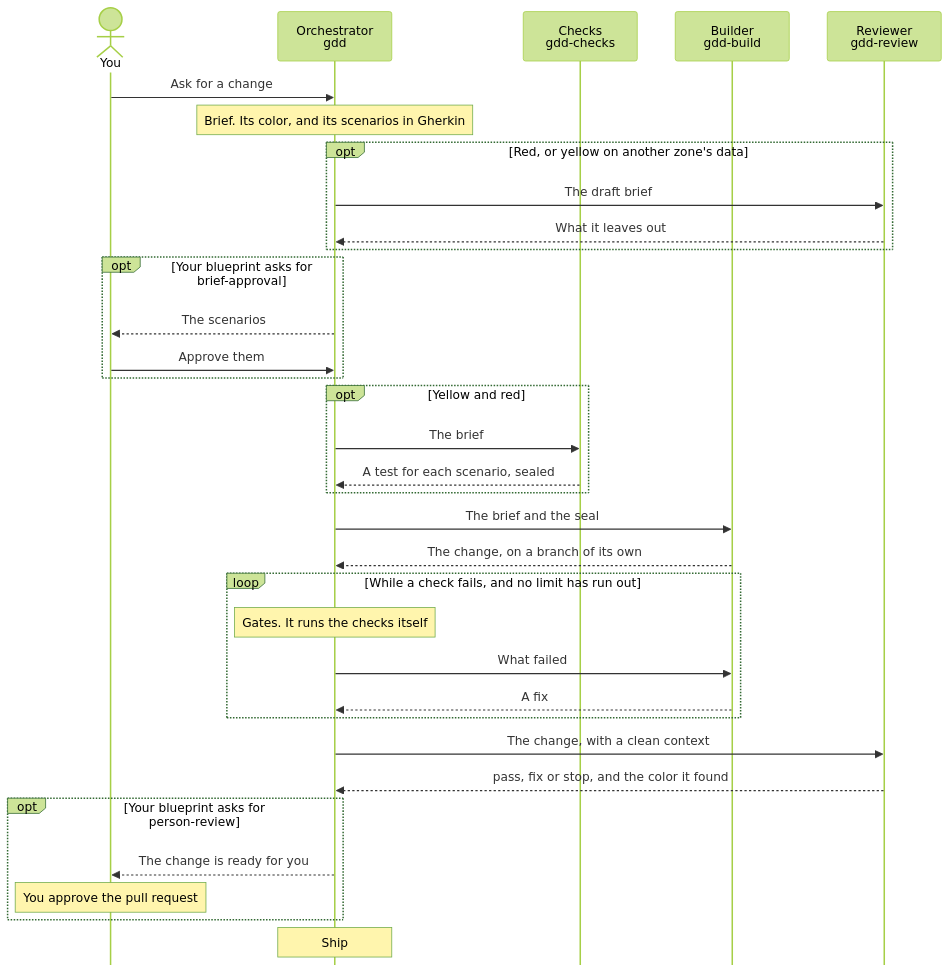
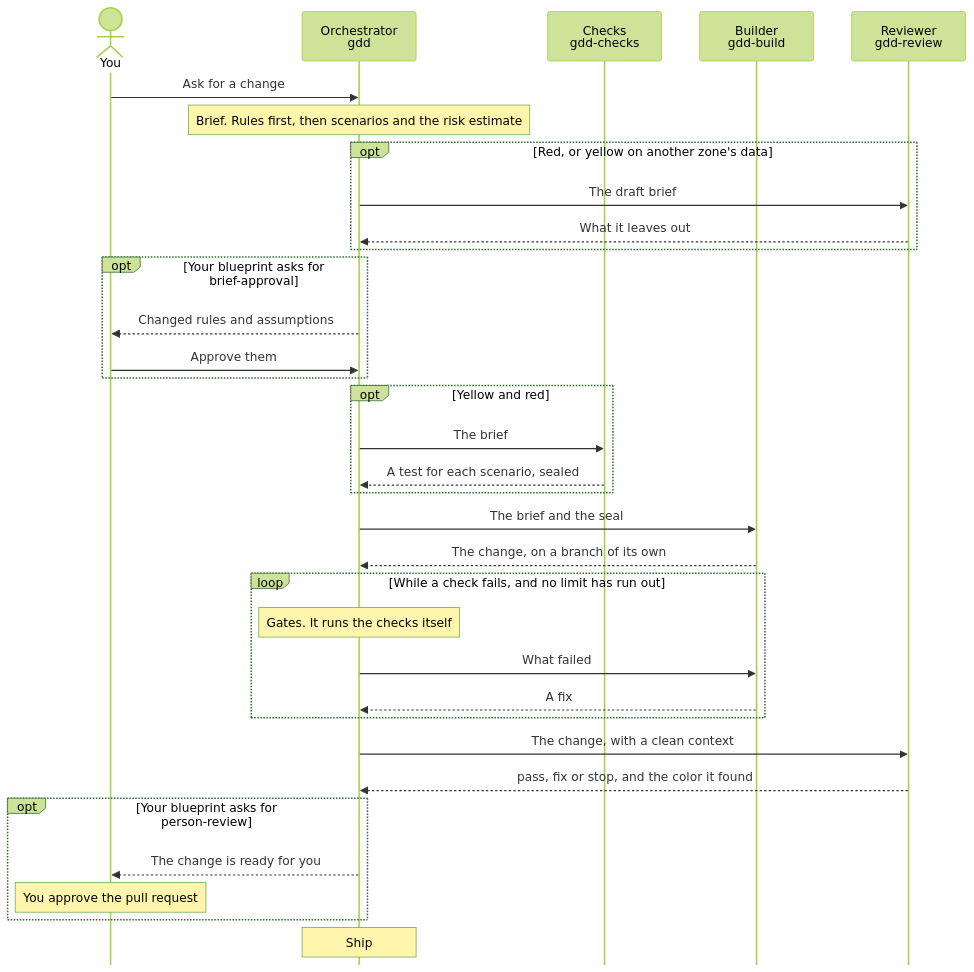
Before and after one commit to MarsGotta/gdd: the second of 4 diagrams in skills/README.md, drawn with Mermaid (forest theme). The commit also changed other lines of this file and 20 other files, not shown here.

First line of the commit message:
Start each brief with the rules its scenarios check

````diff
--- a/skills/README.md
+++ b/skills/README.md
@@ -133,40 +133,40 @@
 ```mermaid
 %%{init: {"sequence": {"diagramMarginX": 160, "mirrorActors": false}}}%%
 sequenceDiagram
     accTitle: Who does what in one change
-    accDescr: You ask the orchestrator for a change. It briefs it, writing its use cases as scenarios, on red a reviewer reads the brief before anyone builds, and on yellow when the change changes another zone's data, on yellow and red a second agent writes a test for each scenario and seals them, a third builds, the orchestrator runs the gates, and a reviewer with a clean context gives its verdict. You approve where your blueprint asks for a person.
+    accDescr: You ask the orchestrator for a change. It writes the rules and their scenarios, on red a reviewer reads the brief before anyone builds, and on yellow when the change changes another zone's data, on yellow and red a second agent writes a test for each scenario and seals them, a third builds, the orchestrator runs the gates, and a reviewer with a clean context gives its verdict. You approve where your blueprint asks for a person.
     actor You
     participant O as Orchestrator<br/>gdd
     participant C as Checks<br/>gdd-checks
     participant B as Builder<br/>gdd-build
     participant R as Reviewer<br/>gdd-review
 
     You->>O: Ask for a change
-    Note over O: Brief. Its color, and its scenarios in Gherkin
+    Note over O: Brief. Rules first, then scenarios and the risk estimate
     opt Red, or yellow on another zone's data
         O->>R: The draft brief
         R-->>O: What it leaves out
     end
     opt Your blueprint asks for brief-approval
-        O-->>You: The scenarios
+        O-->>You: Changed rules and assumptions
         You->>O: Approve them
     end
     opt Yellow and red
         O->>C: The brief
         C-->>O: A test for each scenario, sealed
     end
     O->>B: The brief and the seal
     B-->>O: The change, on a branch of its own
     loop While a check fails, and no limit has run out
         Note over O: Gates. It runs the checks itself
         O->>B: What failed
         B-->>O: A fix
     end
     O->>R: The change, with a clean context
     R-->>O: pass, fix or stop, and the color it found
     opt Your blueprint asks for person-review
         O-->>You: The change is ready for you
         Note over You: You approve the pull request
     end
     Note over O: Ship
 ```
````
